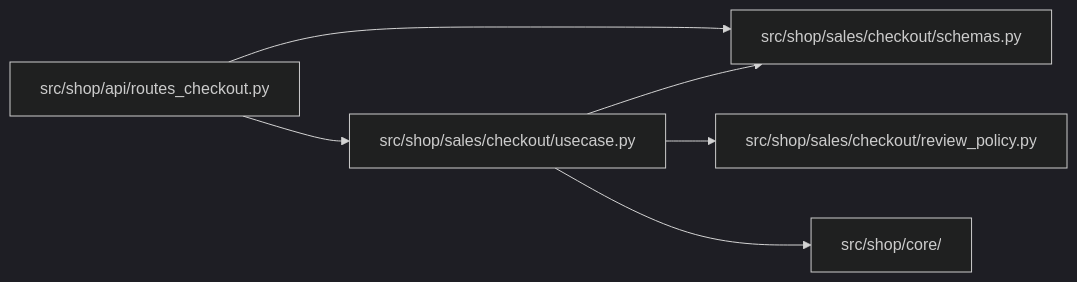
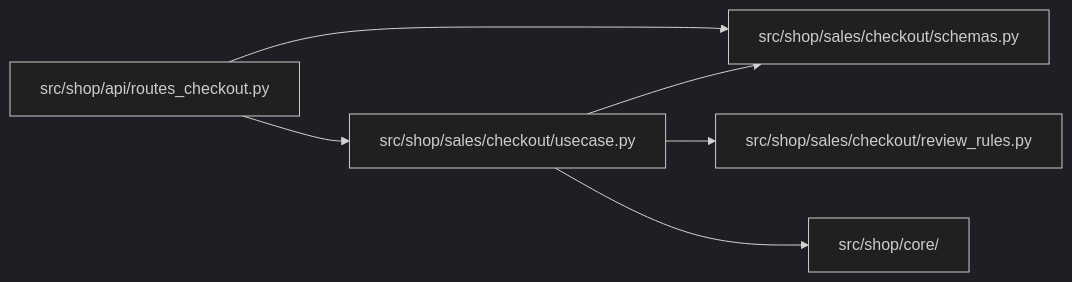
The diagram in docs/engineering/python/language/explicit-constraints-example.md (a6m1n/my-claude-best), drawn with Mermaid (dark theme) before and after one commit. The commit also changed other lines of this file and 38 other files, not shown here.

````diff
--- a/docs/engineering/python/language/explicit-constraints-example.md
+++ b/docs/engineering/python/language/explicit-constraints-example.md
@@ -151,8 +154,8 @@
 ```mermaid
 flowchart LR
   A[src/shop/api/routes_checkout.py] --> U[src/shop/sales/checkout/usecase.py]
   A --> S[src/shop/sales/checkout/schemas.py]
   U --> S
-  U --> R[src/shop/sales/checkout/review_policy.py]
+  U --> R[src/shop/sales/checkout/review_rules.py]
   U --> C[src/shop/core/]
 ```
````
